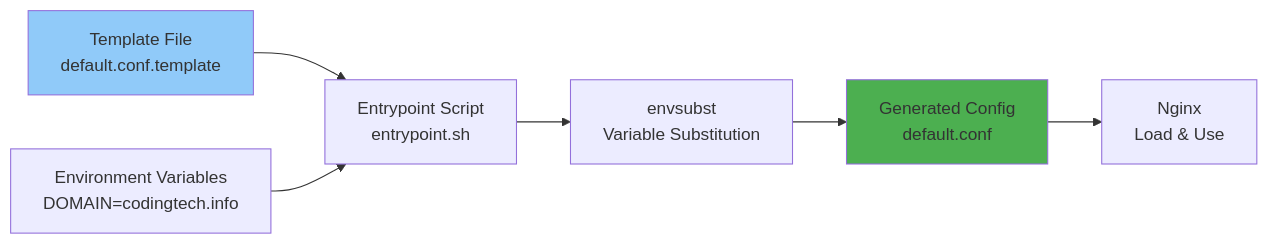
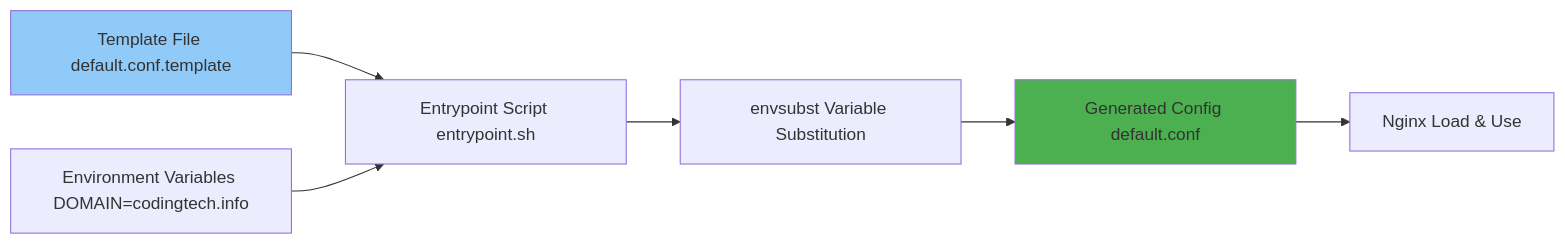
The diagram in wiki/Configuration.md (softwarewrighter/ssl-proxy-for-do), drawn with Mermaid before and after one commit. The commit also changed 7 other files, not shown here.

First line of the commit message:
Fix wiki Mermaid diagrams: remove remaining <br/> tags

````diff
--- a/wiki/Configuration.md
+++ b/wiki/Configuration.md
@@ -125,12 +125,12 @@
 ```mermaid
 graph LR
-    Template[Template File<br/>default.conf.template] --> Entrypoint[Entrypoint Script<br/>entrypoint.sh]
-    EnvVars[Environment Variables<br/>DOMAIN=codingtech.info] --> Entrypoint
+    Template[Template File default.conf.template] --> Entrypoint[Entrypoint Script entrypoint.sh]
+    EnvVars[Environment Variables DOMAIN=codingtech.info] --> Entrypoint
 
-    Entrypoint --> Envsubst[envsubst<br/>Variable Substitution]
-    Envsubst --> Config[Generated Config<br/>default.conf]
-    Config --> Nginx[Nginx<br/>Load & Use]
+    Entrypoint --> Envsubst[envsubst Variable Substitution]
+    Envsubst --> Config[Generated Config default.conf]
+    Config --> Nginx[Nginx Load & Use]
 
     style Template fill:#90CAF9
     style Config fill:#4CAF50
 ```
````
